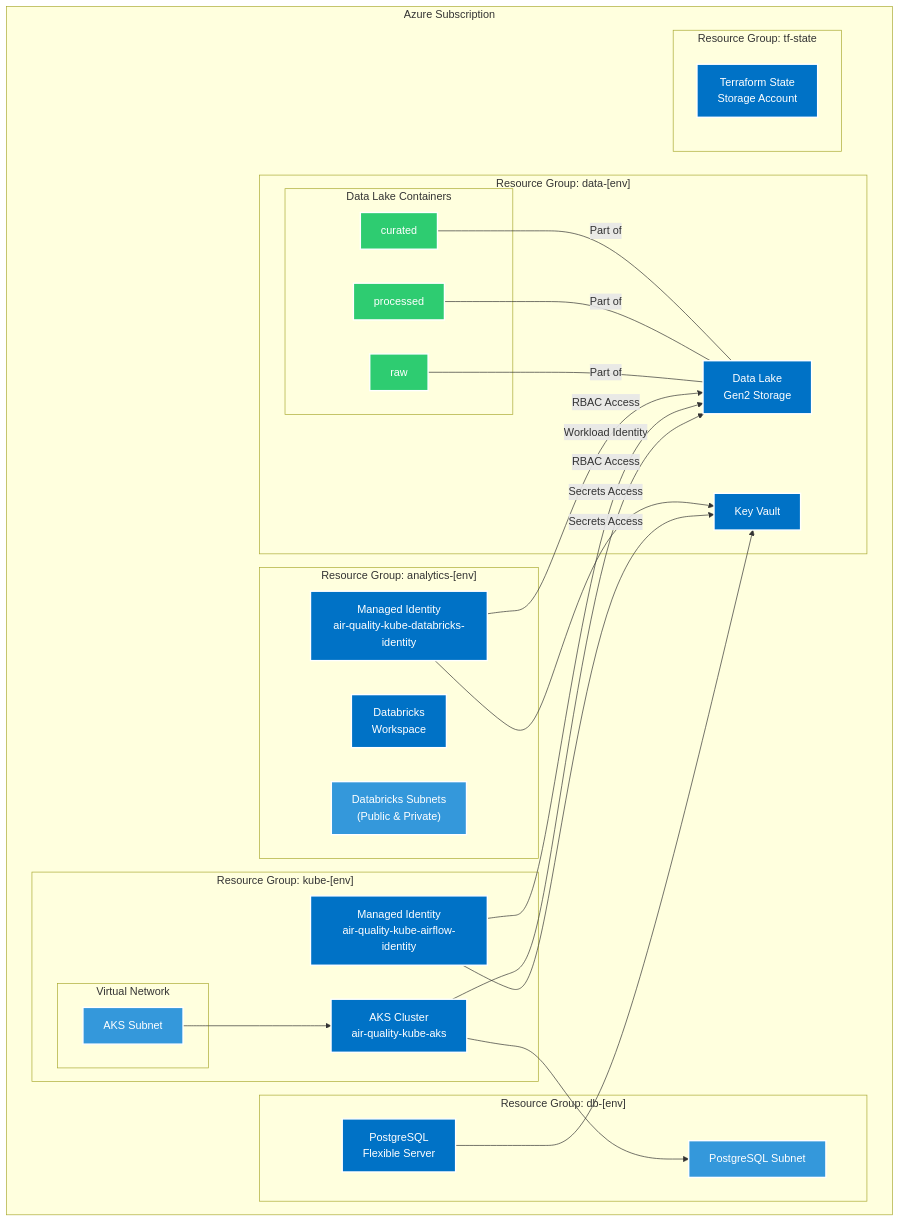
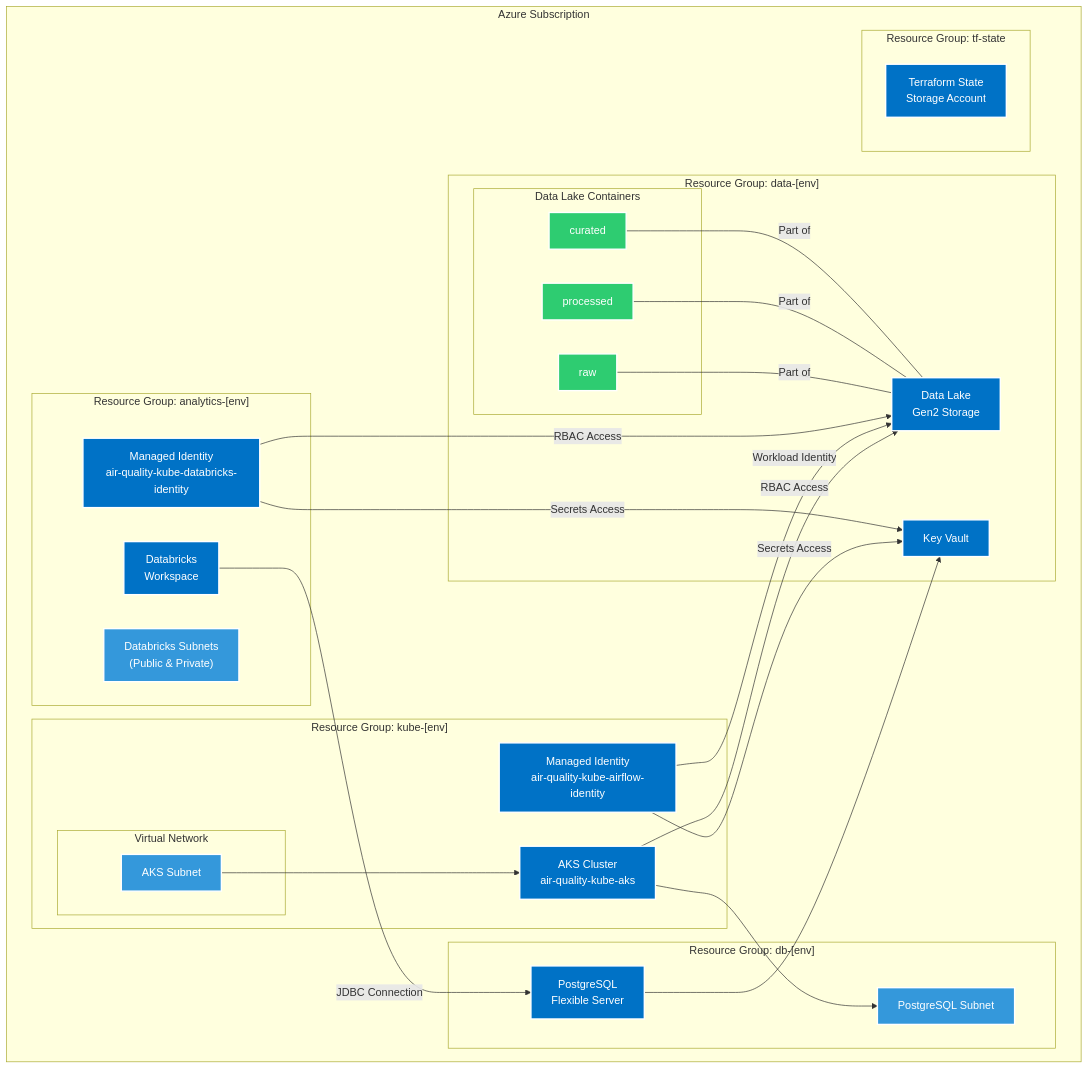
Before and after one commit to waddafunk/the-air-quality-project-infrastructure-as-code: the first of 3 diagrams in README.md, drawn with Mermaid. The commit also changed other lines of this file, not shown here.

````diff
--- a/README.md
+++ b/README.md
@@ -17,55 +17,56 @@
 ```mermaid
 graph TB
     subgraph "Azure Subscription"
         subgraph "Resource Group: kube-[env]"
             AKS["AKS Cluster<br/>air-quality-kube-aks"]
             MSID["Managed Identity<br/>air-quality-kube-airflow-identity"]
             subgraph "Virtual Network"
                 AKSSUBNET["AKS Subnet"]
             end
         end
         
         subgraph "Resource Group: data-[env]"
             DL["Data Lake<br/>Gen2 Storage"]
             KV["Key Vault"]
             subgraph "Data Lake Containers"
                 RAW["raw"]
                 PROCESSED["processed"]
                 CURATED["curated"]
             end
         end
         
         subgraph "Resource Group: db-[env]"
             PG["PostgreSQL<br/>Flexible Server"]
             PGSUBNET["PostgreSQL Subnet"]
         end
         
         subgraph "Resource Group: analytics-[env]"
             DB["Databricks<br/>Workspace"]
             DBID["Managed Identity<br/>air-quality-kube-databricks-identity"]
             DBSUBNETS["Databricks Subnets<br/>(Public & Private)"]
         end
         
         subgraph "Resource Group: tf-state"
             TFSTATE["Terraform State<br/>Storage Account"]
         end
     end
     
     AKSSUBNET --> AKS
     AKS -->|RBAC Access| DL
     AKS --> PGSUBNET
     MSID -->|Workload Identity| DL
     MSID -->|Secrets Access| KV
     PG --> KV
     DBID -->|RBAC Access| DL
     DBID -->|Secrets Access| KV
+    DB -->|JDBC Connection| PG
     RAW & PROCESSED & CURATED ---|"Part of"| DL
     
     classDef azure fill:#0072C6,stroke:#fff,stroke-width:2px,color:#fff
     classDef storage fill:#3498DB,stroke:#fff,stroke-width:2px,color:#fff
     classDef container fill:#2ECC71,stroke:#fff,stroke-width:2px,color:#fff
     
     class AKS,DL,TFSTATE,PG,KV,MSID,DB,DBID azure
     class RAW,PROCESSED,CURATED container
     class AKSSUBNET,PGSUBNET,DBSUBNETS storage
 ```
````
